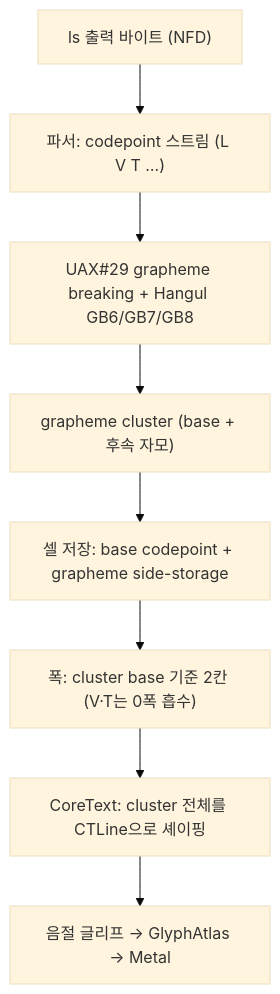
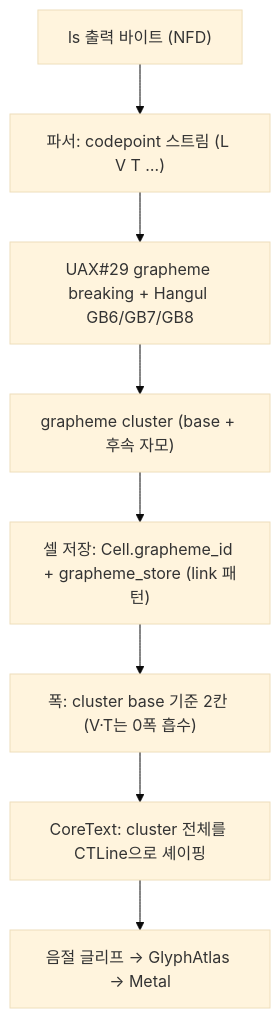
Before and after one commit to ohah/maru: the diagram in docs/grapheme-clustering.md, drawn with Mermaid (base theme). The commit also changed other lines of this file and 1 other file, not shown here.

First line of the commit message:
docs(grapheme): 설계를 B 저장 방식·기존 combining 통합·입력 경로 일관성으로 최신화

````diff
--- a/docs/grapheme-clustering.md
+++ b/docs/grapheme-clustering.md
@@ -147,10 +156,10 @@
 ```mermaid
 flowchart TD
   A["ls 출력 바이트 (NFD)"] --> B["파서: codepoint 스트림 (L V T …)"]
   B --> C["UAX#29 grapheme breaking + Hangul GB6/GB7/GB8"]
   C --> D["grapheme cluster (base + 후속 자모)"]
-  D --> E["셀 저장: base codepoint + grapheme side-storage"]
+  D --> E["셀 저장: Cell.grapheme_id + grapheme_store (link 패턴)"]
   E --> F["폭: cluster base 기준 2칸 (V·T는 0폭 흡수)"]
   F --> G["CoreText: cluster 전체를 CTLine으로 셰이핑"]
   G --> H["음절 글리프 → GlyphAtlas → Metal"]
 ```
````
